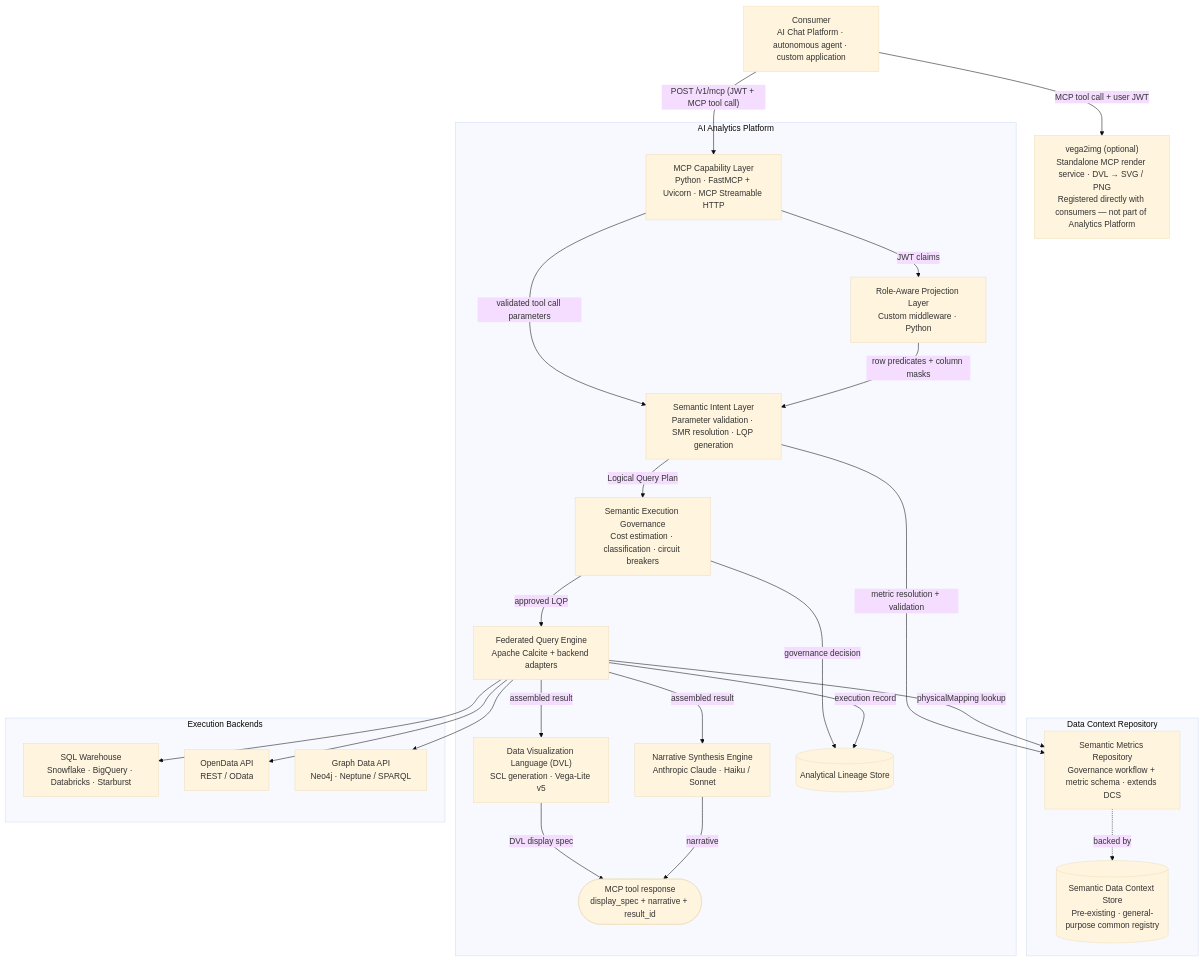
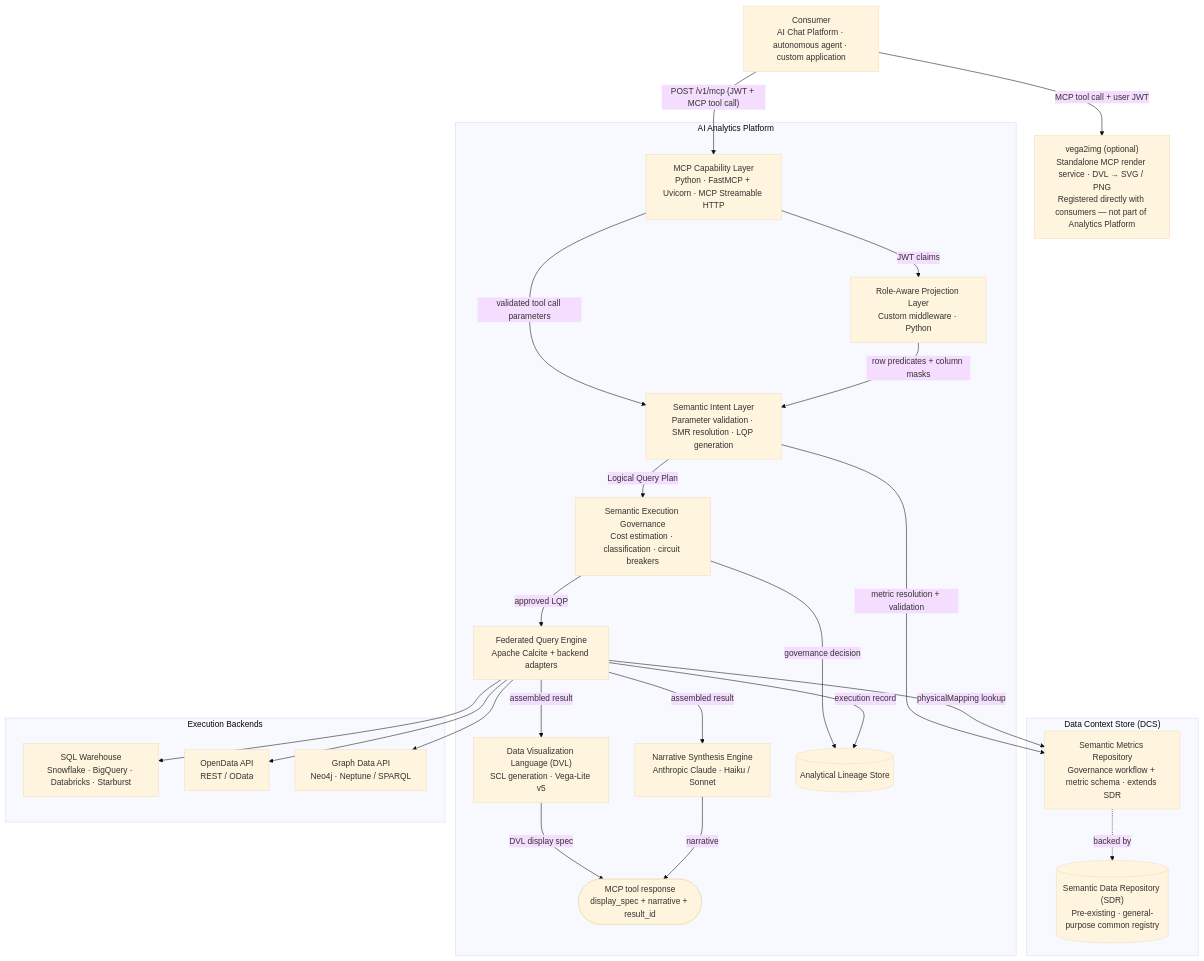
The diagram in docs/product/analytics/04-technical-implementation.md (M-A-Operating-System/shared-work), drawn with Mermaid (base theme) before and after one commit. The commit also changed other lines of this file and 1 other file, not shown here.

First line of the commit message:
Rename DCR→DCS and DCS→SDR across docs (partial — agent still running)

````diff
--- a/docs/product/analytics/04-technical-implementation.md
+++ b/docs/product/analytics/04-technical-implementation.md
@@ -11,47 +11,47 @@
 ```mermaid
 flowchart TD
     Consumer["Consumer\nAI Chat Platform · autonomous agent · custom application"]
 
     subgraph analytics["AI Analytics Platform"]
         MCP["MCP Capability Layer\nPython · FastMCP + Uvicorn · MCP Streamable HTTP"]
         SIL["Semantic Intent Layer\nParameter validation · SMR resolution · LQP generation"]
         RAPL["Role-Aware Projection Layer\nCustom middleware · Python"]
         SEG["Semantic Execution Governance\nCost estimation · classification · circuit breakers"]
         FQE["Federated Query Engine\nApache Calcite + backend adapters"]
         DVL["Data Visualization Language (DVL)\nSCL generation · Vega-Lite v5"]
         NSE["Narrative Synthesis Engine\nAnthropic Claude · Haiku / Sonnet"]
         LS[("Analytical Lineage Store")]
         Result(["MCP tool response\ndisplay_spec + narrative + result_id"])
     end
 
     vega2img["vega2img (optional)\nStandalone MCP render service · DVL → SVG / PNG\nRegistered directly with consumers — not part of Analytics Platform"]
 
-    subgraph dcr["Data Context Repository"]
-        SMR["Semantic Metrics Repository\nGovernance workflow + metric schema · extends DCS"]
-        DCS[("Semantic Data Context Store\nPre-existing · general-purpose common registry")]
-        SMR -. backed by .-> DCS
+    subgraph dcs["Data Context Store (DCS)"]
+        SMR["Semantic Metrics Repository\nGovernance workflow + metric schema · extends SDR"]
+        SDR[("Semantic Data Repository (SDR)\nPre-existing · general-purpose common registry")]
+        SMR -. backed by .-> SDR
     end
 
     subgraph backends["Execution Backends"]
         SQL["SQL Warehouse\nSnowflake · BigQuery · Databricks · Starburst"]
         ODA["OpenData API\nREST / OData"]
         GDA["Graph Data API\nNeo4j · Neptune / SPARQL"]
     end
 
     Consumer -->|"POST /v1/mcp (JWT + MCP tool call)"| MCP
     Consumer -->|"MCP tool call + user JWT"| vega2img
     MCP -->|"validated tool call parameters"| SIL
     MCP -->|"JWT claims"| RAPL
     RAPL -->|"row predicates + column masks"| SIL
     SIL -->|"metric resolution + validation"| SMR
     SIL -->|"Logical Query Plan"| SEG
     SEG -->|"approved LQP"| FQE
     SEG -->|"governance decision"| LS
     FQE -->|"physicalMapping lookup"| SMR
     FQE --> SQL & ODA & GDA
     FQE -->|"execution record"| LS
     FQE -->|"assembled result"| DVL
     FQE -->|"assembled result"| NSE
     DVL -->|"DVL display spec"| Result
     NSE -->|"narrative"| Result
 ```
````
